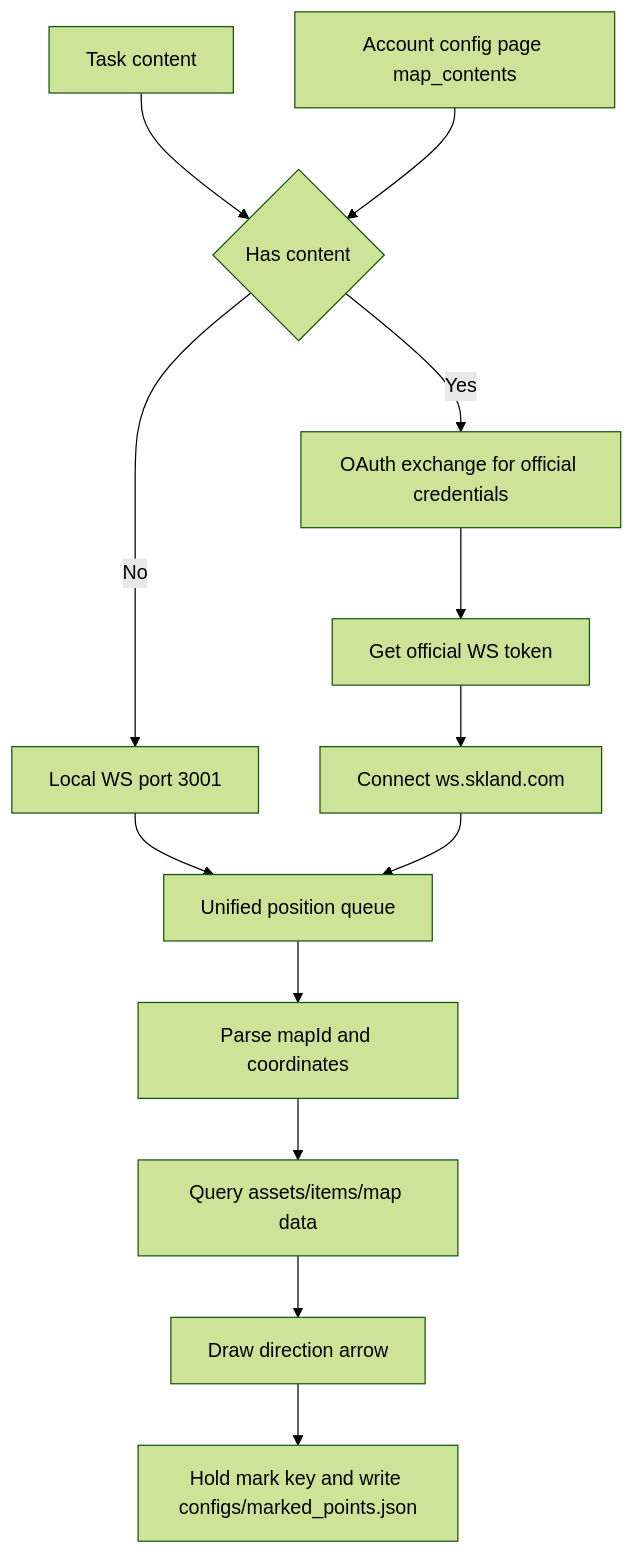
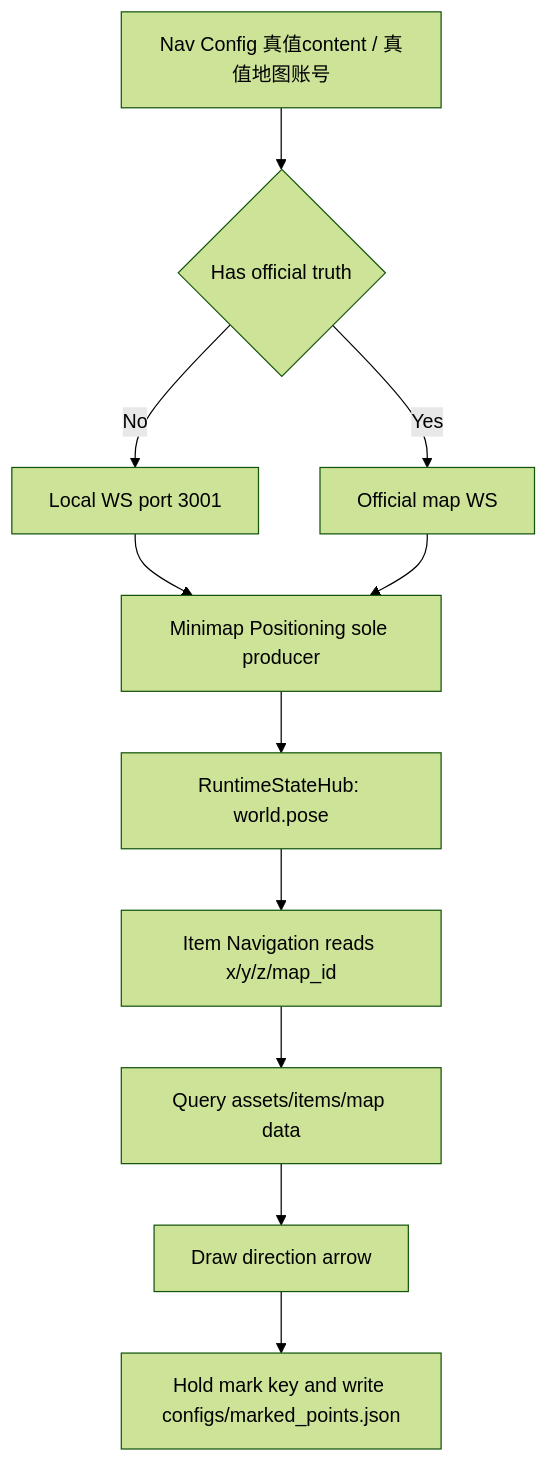
The diagram in docs/en/item-navigation.md (AliceJump/ok-end-field), drawn with Mermaid (forest theme) before and after one commit. The commit also changed other lines of this file and 59 other files, not shown here.

````diff
--- a/docs/en/item-navigation.md
+++ b/docs/en/item-navigation.md
@@ -57,15 +56,13 @@
 ```mermaid
 flowchart TD
-    A[Task content] --> D{Has content}
-    B[Account config page map_contents] --> D
-    C[Local WS port 3001] --> H[Unified position queue]
-    D -->|Yes| E[OAuth exchange for official credentials]
-    E --> F[Get official WS token]
-    F --> G[Connect ws.skland.com]
-    D -->|No| C
-    G --> H
-    H --> I[Parse mapId and coordinates]
-    I --> J[Query assets/items/map data]
-    J --> K[Draw direction arrow]
-    K --> L[Hold mark key and write configs/marked_points.json]
+    A[Nav Config 真值content / 真值地图账号] --> D{Has official truth}
+    B[Local WS port 3001] --> C[Minimap Positioning sole producer]
+    D -->|Yes| E[Official map WS]
+    D -->|No| B
+    E --> C
+    C --> F[RuntimeStateHub: world.pose]
+    F --> G[Item Navigation reads x/y/z/map_id]
+    G --> H[Query assets/items/map data]
+    H --> I[Draw direction arrow]
+    I --> J[Hold mark key and write configs/marked_points.json]
 ```
````
